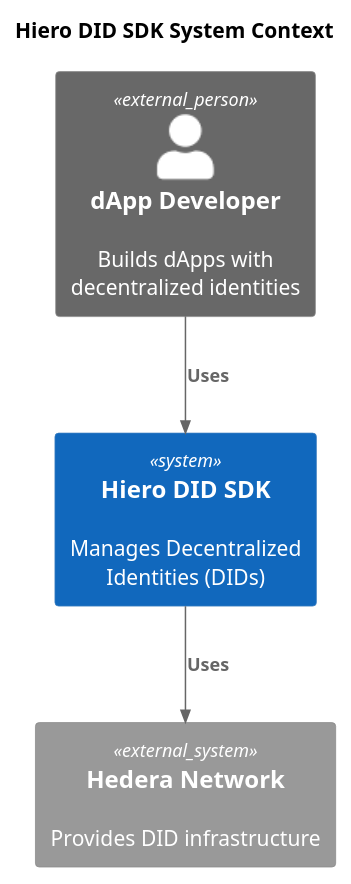
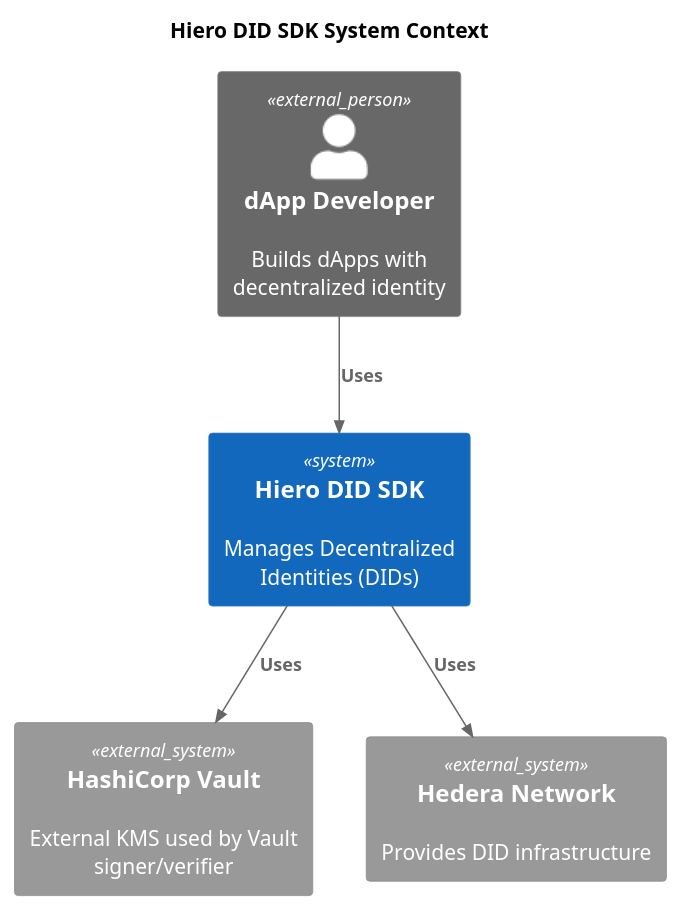
One commit to hiero-ledger/hiero-did-sdk-js changed the diagram in docs/modules/ROOT/pages/02-design/diagrams/system-context-diagram.puml. Above: the diagram before and after it, drawn with PlantUML. The commit also changed 115 other files, not shown here.

```diff
--- a/docs/modules/ROOT/pages/02-design/diagrams/system-context-diagram.puml
+++ b/docs/modules/ROOT/pages/02-design/diagrams/system-context-diagram.puml
@@ -1,15 +1,18 @@
 @startuml
 !include https://raw.githubusercontent.com/plantuml-stdlib/C4-PlantUML/master/C4_Context.puml
 
 title Hiero DID SDK System Context
 
-Person_Ext(developer, "dApp Developer", "Builds dApps with decentralized identities")
+Person_Ext(developer, "dApp Developer", "Builds dApps with decentralized identity")
 
 System(sdk, "Hiero DID SDK", "Manages Decentralized Identities (DIDs)")
+
+System_Ext(hashicorp, "HashiCorp Vault", "External KMS used by Vault signer/verifier")
 
 System_Ext(hedera, "Hedera Network", "Provides DID infrastructure")
 
 Rel(developer, sdk, "Uses")
 Rel(sdk, hedera, "Uses")
+Rel(sdk, hashicorp, "Uses")
 
 @enduml
```
